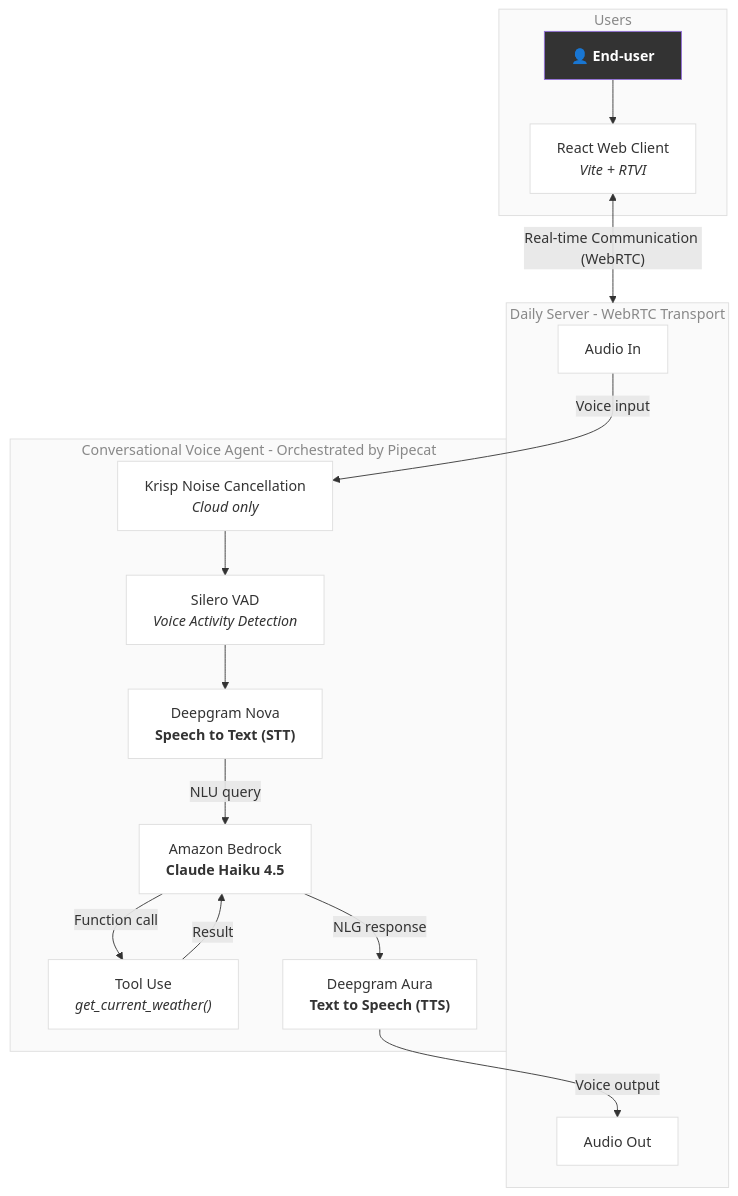
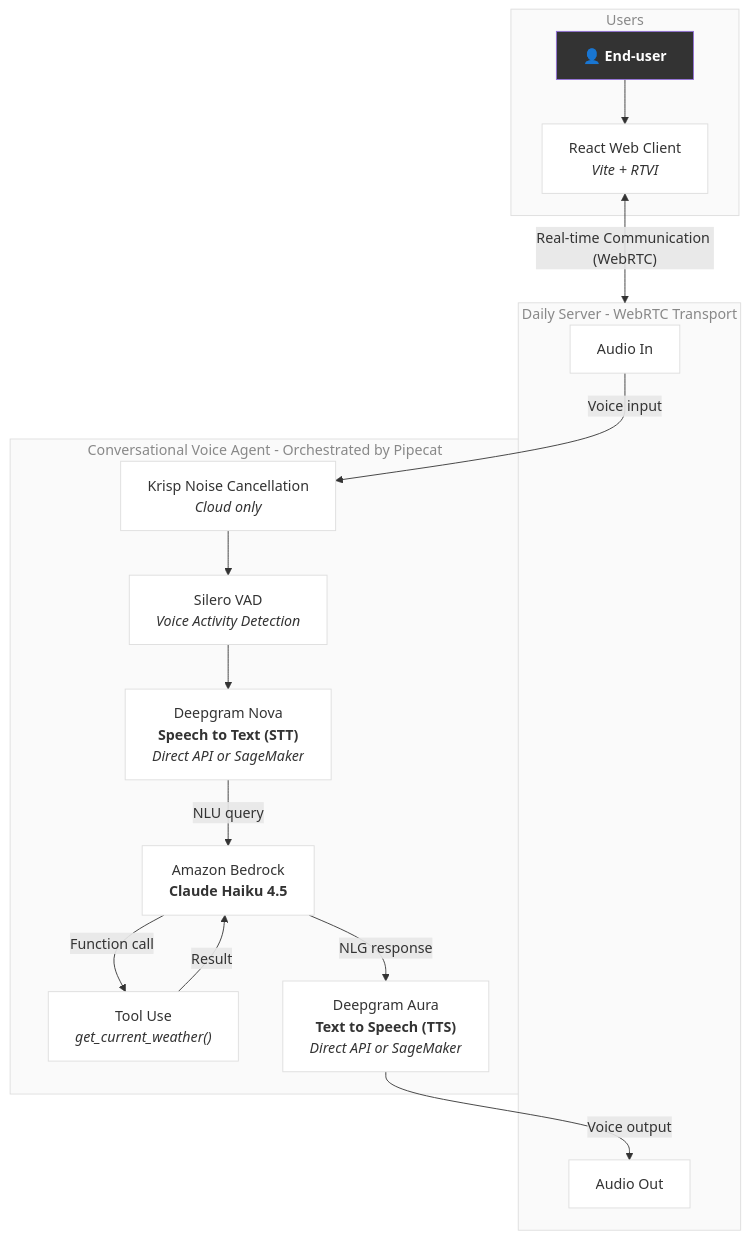
The diagram in README.md (pipecat-ai/aws-deepgram-sa-hackathon), drawn with Mermaid before and after one commit. The commit also changed other lines of this file and 4 other files, not shown here.

Commit message:
updates for SageMaker and pipecat cloud deploy

````diff
--- a/README.md
+++ b/README.md
@@ -65,45 +65,45 @@
 ```mermaid
 graph TD
     subgraph Users
         A["👤 <b>End-user</b>"] --> B["React Web Client<br/><i>Vite + RTVI</i>"]
     end
 
     subgraph Transport["Daily Server - WebRTC Transport"]
         C[Audio In]
         D[Audio Out]
     end
 
     subgraph Pipeline["Conversational Voice Agent - Orchestrated by Pipecat"]
         E["Krisp Noise Cancellation<br/><i>Cloud only</i>"]
         F["Silero VAD<br/><i>Voice Activity Detection</i>"]
-        G["Deepgram Nova<br/><b>Speech to Text (STT)</b>"]
+        G["Deepgram Nova<br/><b>Speech to Text (STT)</b><br/><i>Direct API or SageMaker</i>"]
         H["Amazon Bedrock<br/><b>Claude Haiku 4.5</b>"]
         I["Tool Use<br/><i>get_current_weather()</i>"]
-        J["Deepgram Aura<br/><b>Text to Speech (TTS)</b>"]
+        J["Deepgram Aura<br/><b>Text to Speech (TTS)</b><br/><i>Direct API or SageMaker</i>"]
     end
 
     B <-->|"Real-time Communication (WebRTC)"| Transport
 
     C -->|Voice input| E
     E --> F
     F --> G
     G -->|NLU query| H
     H -->|Function call| I
     I -->|Result| H
     H -->|NLG response| J
     J -->|Voice output| D
 
     style Users fill:#fafafa,stroke:#ddd,color:#888
     style Transport fill:#fafafa,stroke:#ddd,color:#888
     style Pipeline fill:#fafafa,stroke:#ddd,color:#888
     style A fill:#333,color:#fff
     style B fill:#fff,stroke:#ddd
     style C fill:#fff,stroke:#ddd
     style D fill:#fff,stroke:#ddd
     style E fill:#fff,stroke:#ddd
     style F fill:#fff,stroke:#ddd
     style G fill:#fff,stroke:#ddd
     style H fill:#fff,stroke:#ddd
     style I fill:#fff,stroke:#ddd
     style J fill:#fff,stroke:#ddd
 ```
````
